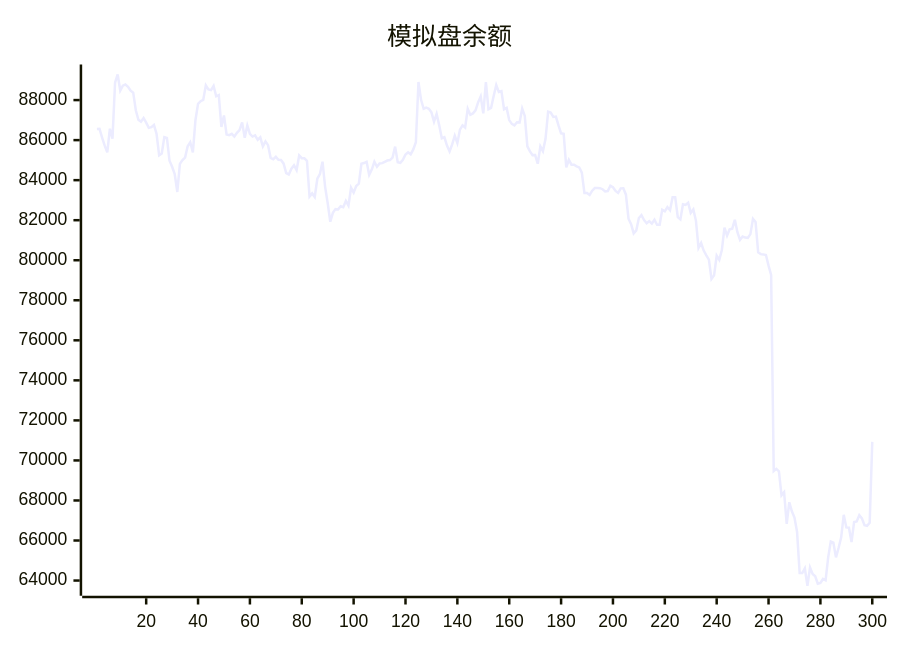
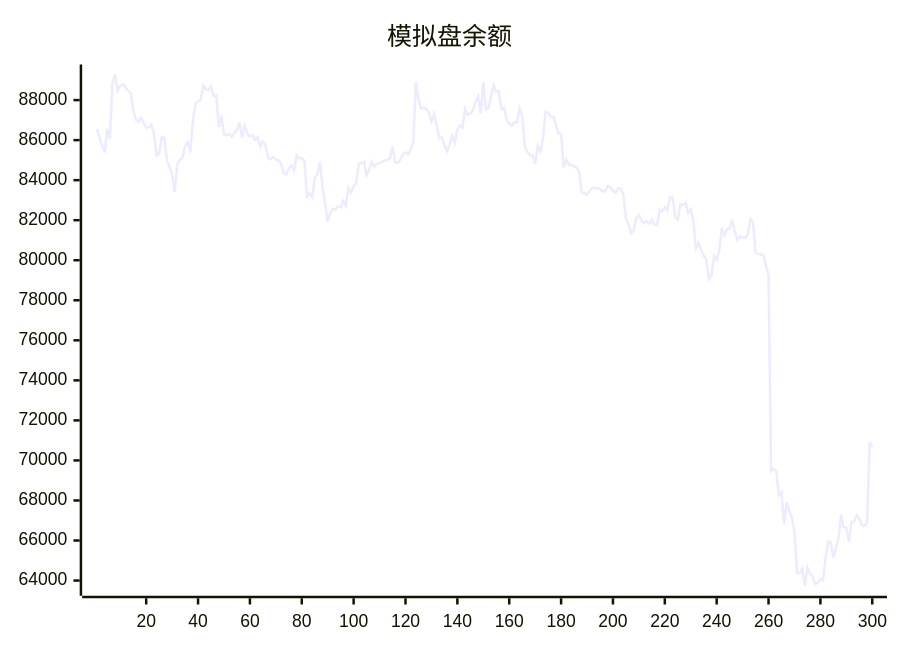
Before and after one commit to aahl/ai-trading: the diagram in README.md, drawn with Mermaid. The commit also changed other lines of this file and 1 other file, not shown here.

````diff
--- a/README.md
+++ b/README.md
@@ -5,5 +5,5 @@
 ```mermaid
 xychart
     title "模拟盘余额"
-    line [86555,86562,86129,85722,85387,86569,86070,88870,89278,88477,88720,88781,88668,88467,88372,87493,87018,86917,87102,86870,86613,86644,86758,86317,85242,85334,86149,86106,84968,84671,84302,83410,84816,85001,85127,85693,85891,85384,87001,87811,87945,88007,88734,88528,88495,88705,88189,88248,86662,87234,86279,86251,86314,86177,86364,86503,86886,86114,86731,86310,86176,86240,86017,86136,85685,85938,85749,85111,85044,85164,85016,85008,84824,84354,84287,84572,84745,84500,85234,85096,85095,84970,83180,83338,83157,84070,84309,84922,83667,82850,81924,82369,82552,82539,82695,82648,82962,82728,83619,83378,83710,83825,84819,84854,84917,84265,84527,84919,84668,84834,84850,84916,84981,85004,85131,85674,84891,84864,85019,85284,85393,85294,85538,85894,88904,88012,87567,87625,87568,87386,86920,87313,86737,86094,86143,85725,85437,85787,86219,85859,86526,86740,86630,87563,87264,87335,87483,87886,88180,87335,88894,87544,87608,88207,88755,88401,88444,87543,87608,87000,86810,86740,86894,86884,87576,87209,85686,85435,85251,85255,84820,85689,85453,86066,87420,87373,87161,87178,86740,86341,86315,84643,85012,84772,84768,84690,84635,84376,83360,83357,83259,83474,83608,83606,83602,83548,83440,83454,83724,83644,83464,83365,83590,83592,83275,82072,81806,81344,81492,82109,82254,82006,81848,81955,81829,82022,81769,81776,82522,82441,82656,82498,83144,83144,82150,82038,82797,82763,82872,82367,82536,81981,80612,80862,80484,80242,80034,79063,79245,80226,80016,80507,81625,81233,81544,81578,82016,81401,81019,81186,81130,81118,81306,82066,81909,80392,80304,80291,80258,79729,79261,69466,69579,69456,68251,68415,66832,67911,67462,67144,66432,64380,64375,64606,63740,64647,64324,64216,63842,63877,64078,64008,65156,65945,65888,65157,65625,66144,67284,66653,66639,65924,66925,66956,67263,67108,66766,66729,66886,70927]
+    line [86562,86129,85722,85387,86569,86070,88870,89278,88477,88720,88781,88668,88467,88372,87493,87018,86917,87102,86870,86613,86644,86758,86317,85242,85334,86149,86106,84968,84671,84302,83410,84816,85001,85127,85693,85891,85384,87001,87811,87945,88007,88734,88528,88495,88705,88189,88248,86662,87234,86279,86251,86314,86177,86364,86503,86886,86114,86731,86310,86176,86240,86017,86136,85685,85938,85749,85111,85044,85164,85016,85008,84824,84354,84287,84572,84745,84500,85234,85096,85095,84970,83180,83338,83157,84070,84309,84922,83667,82850,81924,82369,82552,82539,82695,82648,82962,82728,83619,83378,83710,83825,84819,84854,84917,84265,84527,84919,84668,84834,84850,84916,84981,85004,85131,85674,84891,84864,85019,85284,85393,85294,85538,85894,88904,88012,87567,87625,87568,87386,86920,87313,86737,86094,86143,85725,85437,85787,86219,85859,86526,86740,86630,87563,87264,87335,87483,87886,88180,87335,88894,87544,87608,88207,88755,88401,88444,87543,87608,87000,86810,86740,86894,86884,87576,87209,85686,85435,85251,85255,84820,85689,85453,86066,87420,87373,87161,87178,86740,86341,86315,84643,85012,84772,84768,84690,84635,84376,83360,83357,83259,83474,83608,83606,83602,83548,83440,83454,83724,83644,83464,83365,83590,83592,83275,82072,81806,81344,81492,82109,82254,82006,81848,81955,81829,82022,81769,81776,82522,82441,82656,82498,83144,83144,82150,82038,82797,82763,82872,82367,82536,81981,80612,80862,80484,80242,80034,79063,79245,80226,80016,80507,81625,81233,81544,81578,82016,81401,81019,81186,81130,81118,81306,82066,81909,80392,80304,80291,80258,79729,79261,69466,69579,69456,68251,68415,66832,67911,67462,67144,66432,64380,64375,64606,63740,64647,64324,64216,63842,63877,64078,64008,65156,65945,65888,65157,65625,66144,67284,66653,66639,65924,66925,66956,67263,67108,66766,66729,66886,70927,70673]
 ```
````
